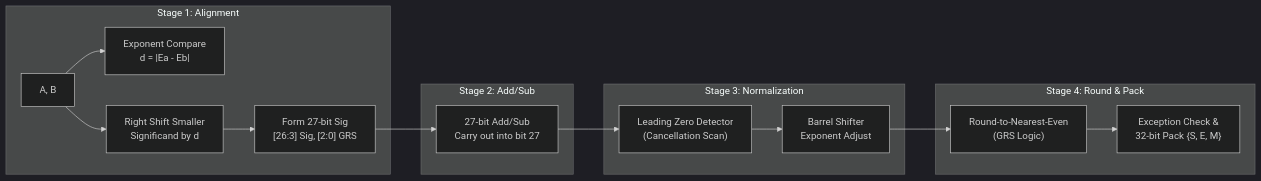
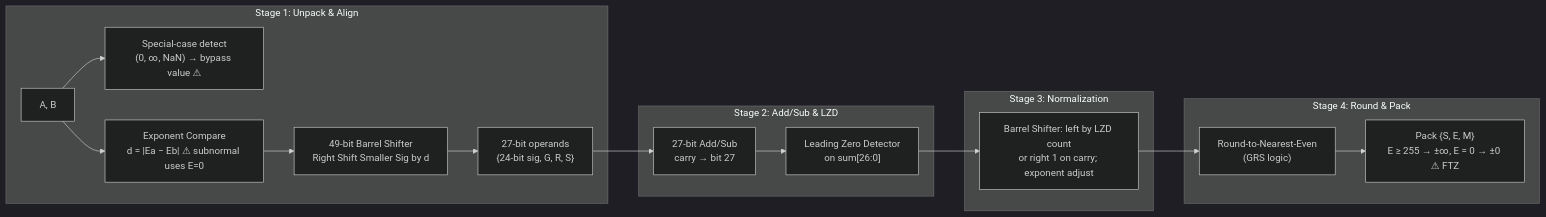
One commit to priyanshu029jain/FPU changed the second of 5 diagrams in diagram/system_architecture.md. Above: the diagram before and after it, drawn with Mermaid (dark theme). The commit also changed other lines of this file and 1 other file, not shown here.

First line of the commit message:
docs(history): add second verification pass findings and redraw architecture diagrams

````diff
--- a/diagram/system_architecture.md
+++ b/diagram/system_architecture.md
@@ -36,22 +50,23 @@
 ```mermaid
 graph LR
-    subgraph S1["Stage 1: Alignment"]
-        IN1["A, B"] --> EXP_DIFF["Exponent Compare<br/>d = |Ea - Eb|"]
-        IN1 --> SHIFT["Right Shift Smaller<br/>Significand by d"]
-        SHIFT --> GRS["Form 27-bit Sig<br/>[26:3] Sig, [2:0] GRS"]
+    subgraph S1["Stage 1: Unpack & Align"]
+        IN1["A, B"] --> SPEC["Special-case detect<br/>(0, ∞, NaN) → bypass value ⚠"]
+        IN1 --> EXP_DIFF["Exponent Compare<br/>d = |Ea − Eb| ⚠ subnormal uses E=0"]
+        EXP_DIFF --> SHIFT["49-bit Barrel Shifter<br/>Right Shift Smaller Sig by d"]
+        SHIFT --> GRS["27-bit operands<br/>{24-bit sig, G, R, S}"]
     end
 
-    subgraph S2["Stage 2: Add/Sub"]
-        GRS --> ADDSUB["27-bit Add/Sub<br/>Carry out into bit 27"]
+    subgraph S2["Stage 2: Add/Sub & LZD"]
+        GRS --> ADDSUB["27-bit Add/Sub<br/>carry → bit 27"]
+        ADDSUB --> LZD["Leading Zero Detector<br/>on sum[26:0]"]
     end
 
     subgraph S3["Stage 3: Normalization"]
-        ADDSUB --> LZD["Leading Zero Detector<br/>(Cancellation Scan)"]
-        LZD --> NORM["Barrel Shifter<br/>Exponent Adjust"]
+        LZD --> NORM["Barrel Shifter: left by LZD count<br/>or right 1 on carry; exponent adjust"]
     end
 
     subgraph S4["Stage 4: Round & Pack"]
-        NORM --> RND["Round-to-Nearest-Even<br/>(GRS Logic)"]
-        RND --> PACK["Exception Check &<br/>32-bit Pack {S, E, M}"]
+        NORM --> RND["Round-to-Nearest-Even<br/>(GRS logic)"]
+        RND --> PACK["Pack {S, E, M}<br/>E ≥ 255 → ±∞, E = 0 → ±0 ⚠ FTZ"]
     end
 ```
````
